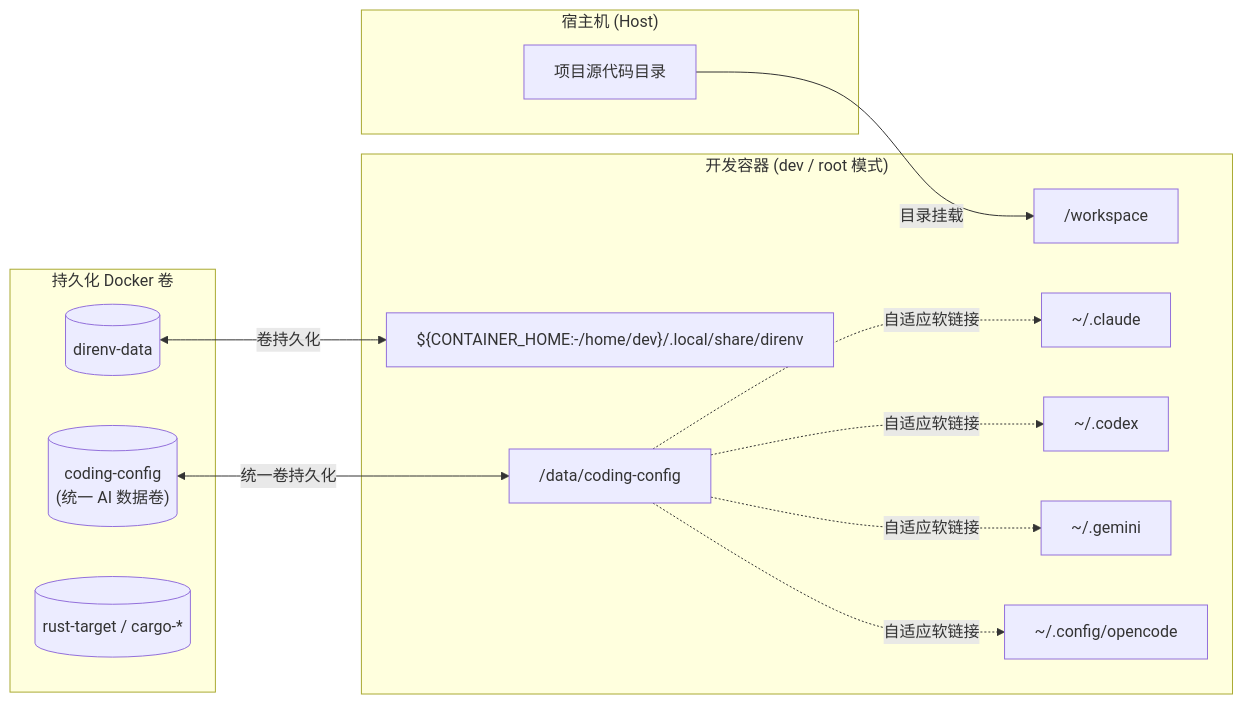
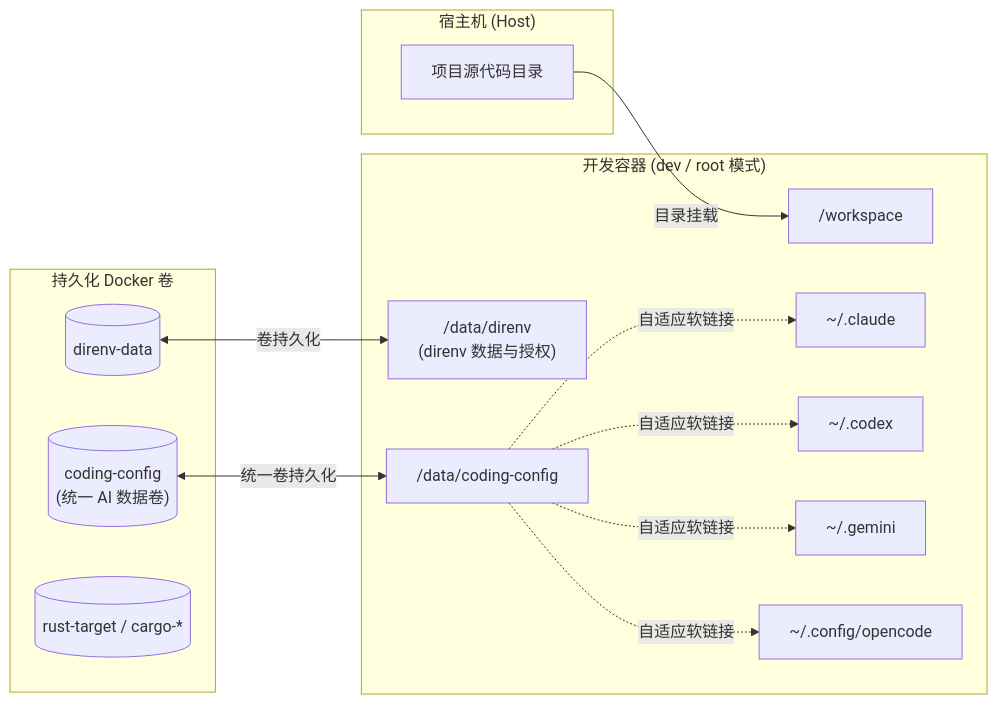
Before and after one commit to shaogme/coding-images: the fourth of 5 diagrams in README.md, drawn with Mermaid. The commit also changed other lines of this file and 16 other files, not shown here.

````diff
--- a/README.md
+++ b/README.md
@@ -259,30 +259,30 @@
 ```mermaid
 flowchart LR
     subgraph Host["宿主机 (Host)"]
         Code["项目源代码目录"]
     end
 
     subgraph Volumes["持久化 Docker 卷"]
         V0[("direnv-data")]
         VAI[("coding-config<br/>(统一 AI 数据卷)")]
         VRust[("rust-target / cargo-*")]
     end
 
     subgraph DevContainer["开发容器 (dev / root 模式)"]
         WS["/workspace"]
-        P0["${CONTAINER_HOME:-/home/dev}/.local/share/direnv"]
+        DataDirenv["/data/direnv<br/>(direnv 数据与授权)"]
         Data["/data/coding-config"]
         P1["~/.claude"]
         P2["~/.codex"]
         P3["~/.gemini"]
         P4["~/.config/opencode"]
     end
 
     Code -->|目录挂载| WS
-    V0 <-->|卷持久化| P0
+    V0 <-->|卷持久化| DataDirenv
     VAI <-->|统一卷持久化| Data
     Data -.->|自适应软链接| P1
     Data -.->|自适应软链接| P2
     Data -.->|自适应软链接| P3
     Data -.->|自适应软链接| P4
 ```
````
